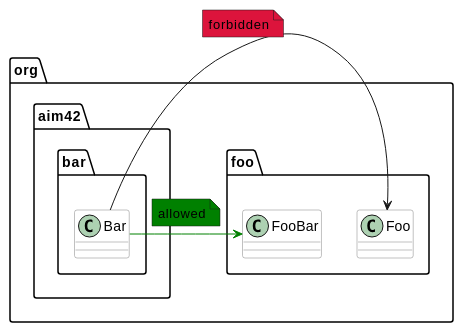
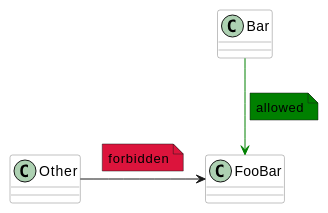
Before and after one commit to TNG/ArchUnit: the third of 9 diagrams in docs/userguide/004_What_to_Check.adoc, drawn with PlantUML. The commit also changed other lines of this file and 13 other files, not shown here.

```diff
--- a/docs/userguide/004_What_to_Check.adoc
+++ b/docs/userguide/004_What_to_Check.adoc
@@ -31,28 +50,23 @@
-[plantuml, "class-package-deps.png"]
+[plantuml, "class-naming-deps.png"]
 ----
 skinparam componentStyle uml2
 
 skinparam component {
   BorderColor #grey
   BackgroundColor #white
 }
 
 skinparam class {
   BorderColor #grey
   BackgroundColor #white
 }
 
-package org.foo {
-  class Foo
-  class FooBar
-}
+class Other
+class FooBar
 
-package org.aim42.bar {
-  Bar -> Foo
-  note top on link #crimson: forbidden
+Other -> FooBar
+note top on link #crimson: forbidden
 
-  Bar -right-> FooBar #green
-  note left on link #green: allowed
-}
-
+Bar --> FooBar #green
+note left on link #green: allowed
 ----
```
